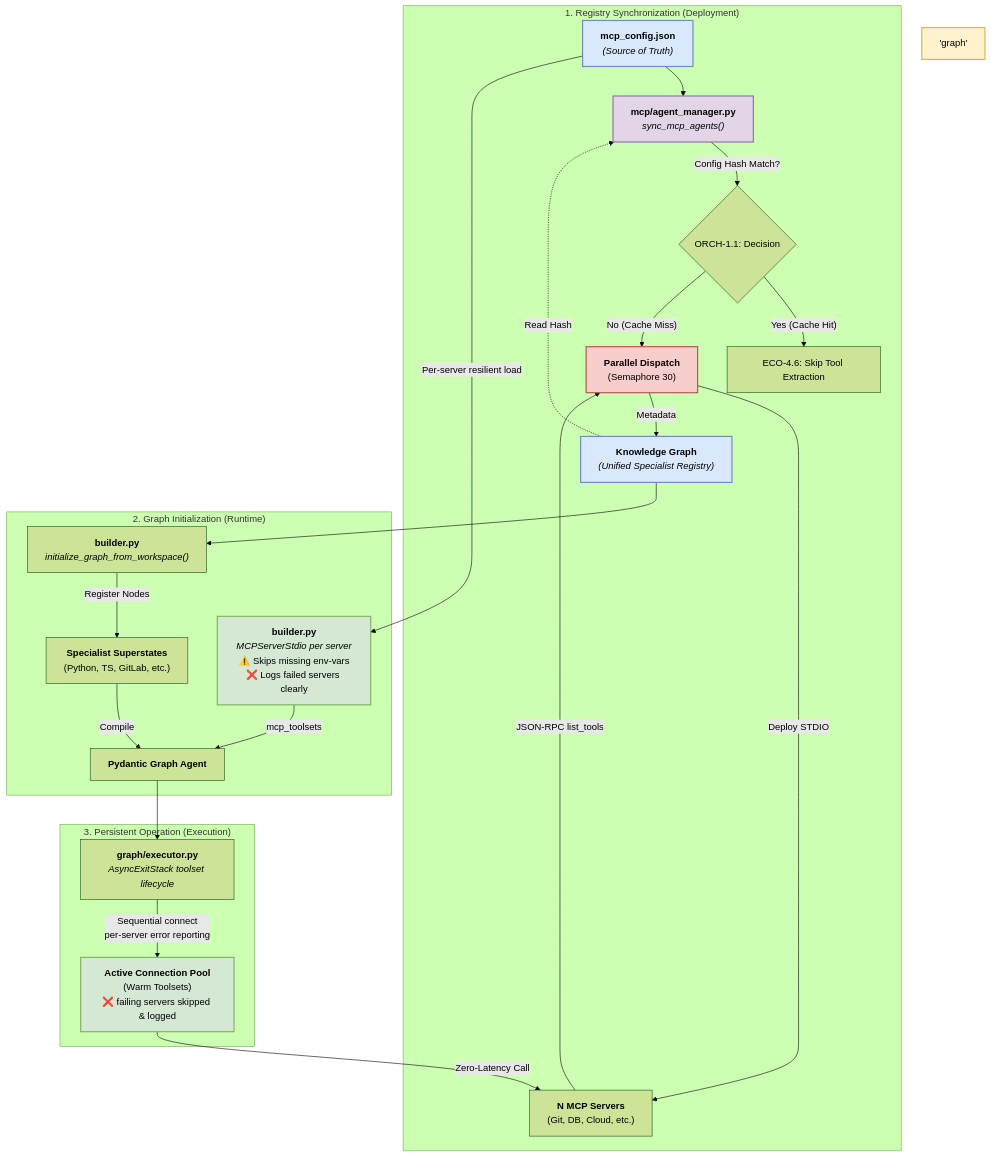
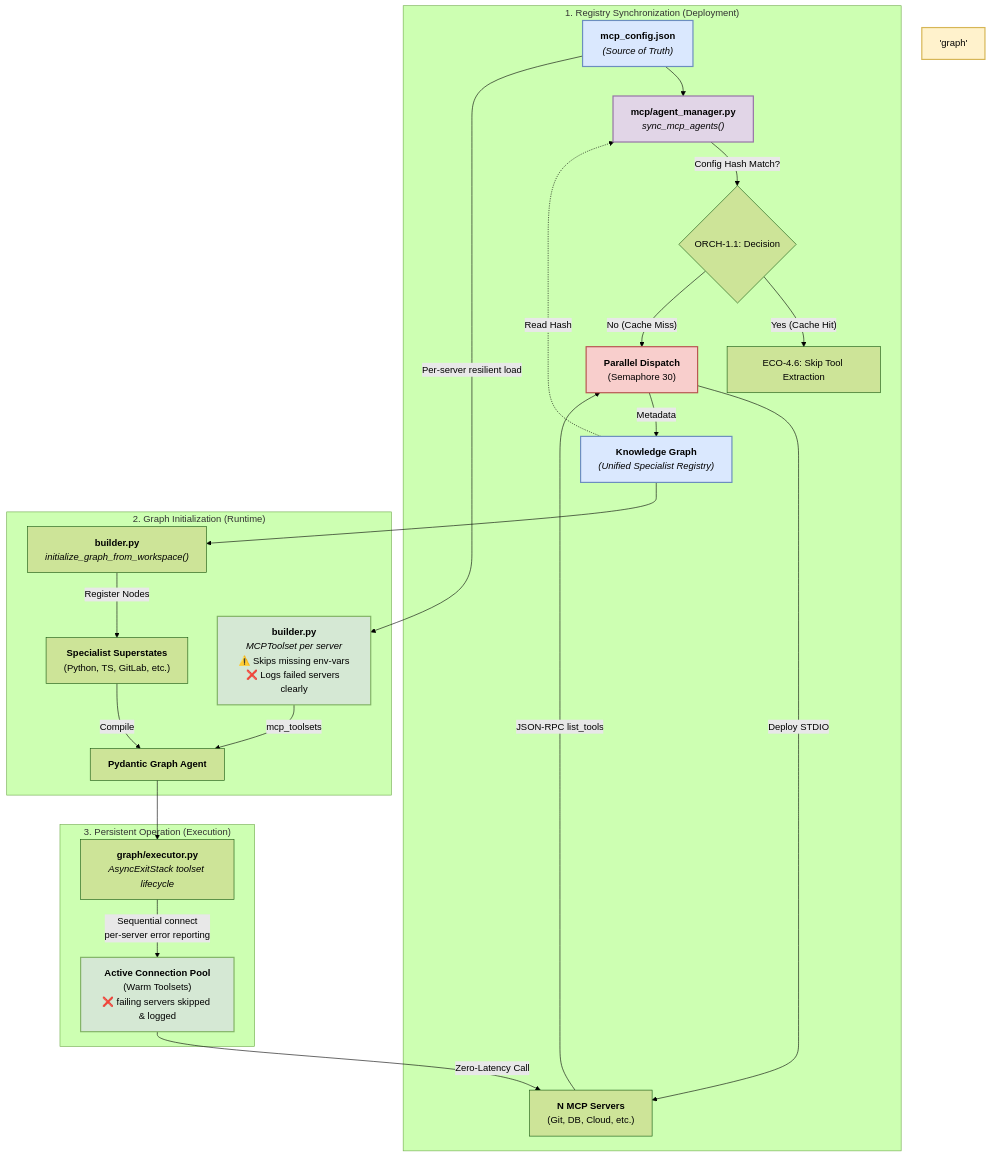
One commit to Knuckles-Team/agent-utilities changed the second of 2 diagrams in docs/pillars/4_ecosystem_peripherals.md. Above: the diagram before and after it, drawn with Mermaid (forest theme). The commit also changed 7 other files, not shown here.

````diff
--- a/docs/pillars/4_ecosystem_peripherals.md
+++ b/docs/pillars/4_ecosystem_peripherals.md
@@ -211,38 +211,38 @@
 ```mermaid
 graph TD
     subgraph Registry_Phase ["1. Registry Synchronization (Deployment)"]
         Config["<b>mcp_config.json</b><br/><i>(Source of Truth)</i>"] --> Manager["<b>mcp/agent_manager.py</b><br/><i>sync_mcp_agents()</i>"]
         KG_Registry["<b>Knowledge Graph</b><br/><i>(Unified Specialist Registry)</i>"] -.->|Read Hash| Manager
 
         Manager -->|Config Hash Match?| Branch{ORCH-1.1: Decision}
         Branch -- "Yes (Cache Hit)" --> Skip["ECO-4.6: Skip Tool Extraction"]
         Branch -- "No (Cache Miss)" --> Parallel["<b>Parallel Dispatch</b><br/>(Semaphore 30)"]
 
         Parallel -->|Deploy STDIO| Servers["<b>N MCP Servers</b><br/>(Git, DB, Cloud, etc.)"]
         Servers -->|JSON-RPC list_tools| Parallel
         Parallel -->|Metadata| KG_Registry
     end
 
     subgraph Initialization_Phase ["2. Graph Initialization (Runtime)"]
-        Config -->|Per-server resilient load| Loader["<b>builder.py</b><br/><i>MCPServerStdio per server</i><br/>⚠️ Skips missing env-vars<br/>❌ Logs failed servers clearly"]
+        Config -->|Per-server resilient load| Loader["<b>builder.py</b><br/><i>MCPToolset per server</i><br/>⚠️ Skips missing env-vars<br/>❌ Logs failed servers clearly"]
         KG_Registry --> Builder["<b>builder.py</b><br/><i>initialize_graph_from_workspace()</i>"]
         Loader -->|mcp_toolsets| graphNode
         Builder -->|Register Nodes| Specialists["<b>Specialist Superstates</b><br/>(Python, TS, GitLab, etc.)"]
         Specialists -->|Compile| graphNode["<b>Pydantic Graph Agent</b>"]
     end
 
     subgraph Operation_Phase ["3. Persistent Operation (Execution)"]
         graphNode --> Lifespan["<b>graph/executor.py</b><br/><i>AsyncExitStack toolset lifecycle</i>"]
         Lifespan -->|"Sequential connect<br/>per-server error reporting"| ConnPool["<b>Active Connection Pool</b><br/>(Warm Toolsets)<br/>❌ failing servers skipped & logged"]
         ConnPool -->|Zero-Latency Call| Servers
     end
 
     %% Styling
     style Config fill:#dae8fe,stroke:#6c8ebf,stroke-width:2px
     style KG_Registry fill:#dae8fe,stroke:#6c8ebf,stroke-width:2px
     style Manager fill:#e1d5e7,stroke:#9673a6,stroke-width:2px
     style Parallel fill:#f8cecc,stroke:#b85450,stroke-width:2px
     style ConnPool fill:#d5e8d4,stroke:#82b366,stroke-width:2px
     style 'graph' fill:#fff2cc,stroke:#d6b656,stroke-width:2px
     style Loader fill:#d5e8d4,stroke:#82b366,stroke-width:2px
 ```
````
